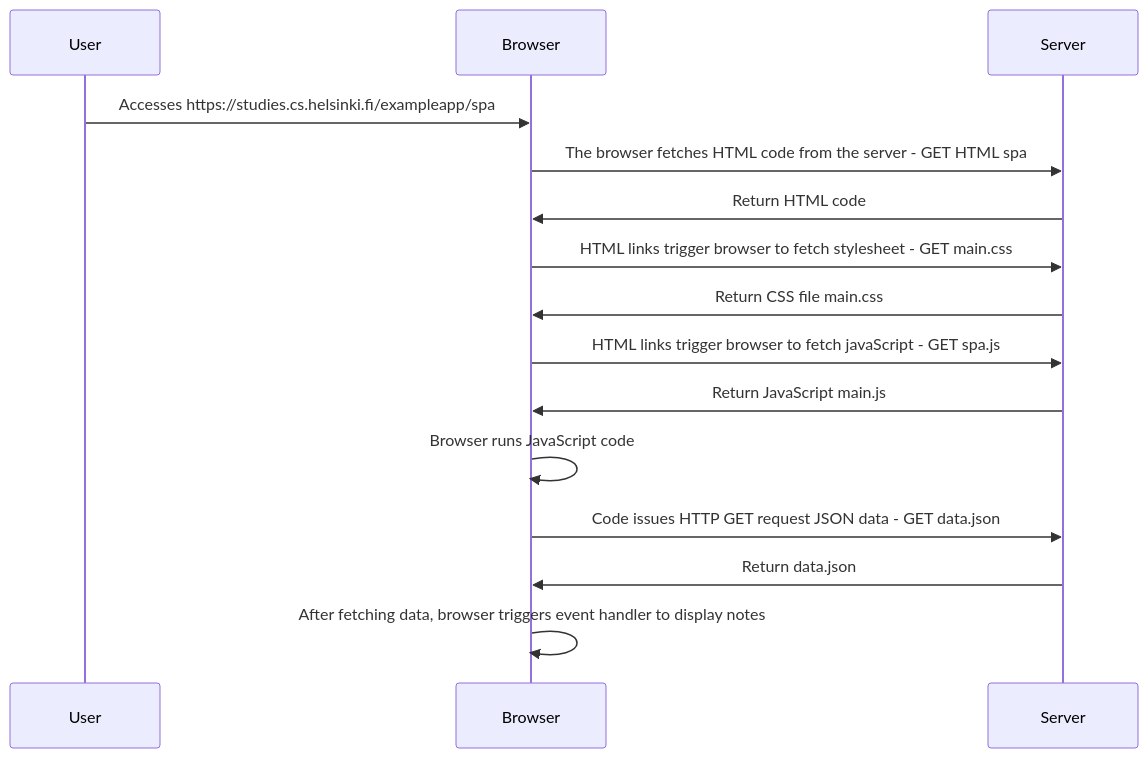
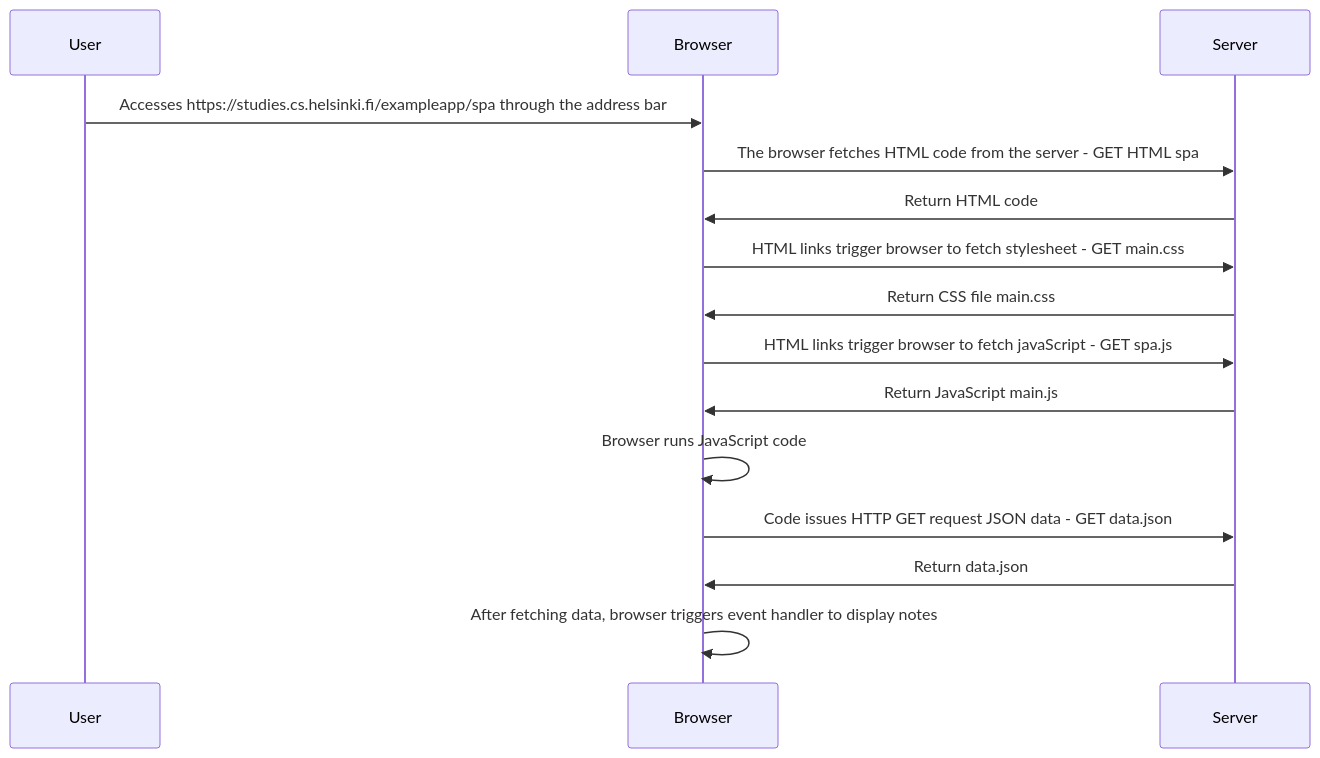
Before and after one commit to garciamoramc/course-fullstackopen: the diagram in part0/sequenceDiagram0-5.md, drawn with Mermaid.

````diff
--- a/part0/sequenceDiagram0-5.md
+++ b/part0/sequenceDiagram0-5.md
@@ -1,14 +1,14 @@
 ```mermaid
 sequenceDiagram
-    User->>Browser: Accesses https://studies.cs.helsinki.fi/exampleapp/spa
+    User->>Browser: Accesses https://studies.cs.helsinki.fi/exampleapp/spa through the address bar
     Browser->>Server: The browser fetches HTML code from the server - GET HTML spa
     Server->>Browser: Return HTML code
     Browser->>Server: HTML links trigger browser to fetch stylesheet - GET main.css
     Server->>Browser: Return CSS file main.css
     Browser->>Server: HTML links trigger browser to fetch javaScript - GET spa.js
     Server->>Browser: Return JavaScript main.js
     Browser->>Browser: Browser runs JavaScript code 
     Browser->>Server: Code issues HTTP GET request JSON data - GET data.json
     Server->>Browser: Return data.json
     Browser->>Browser: After fetching data, browser triggers event handler to display notes
 ```
````
